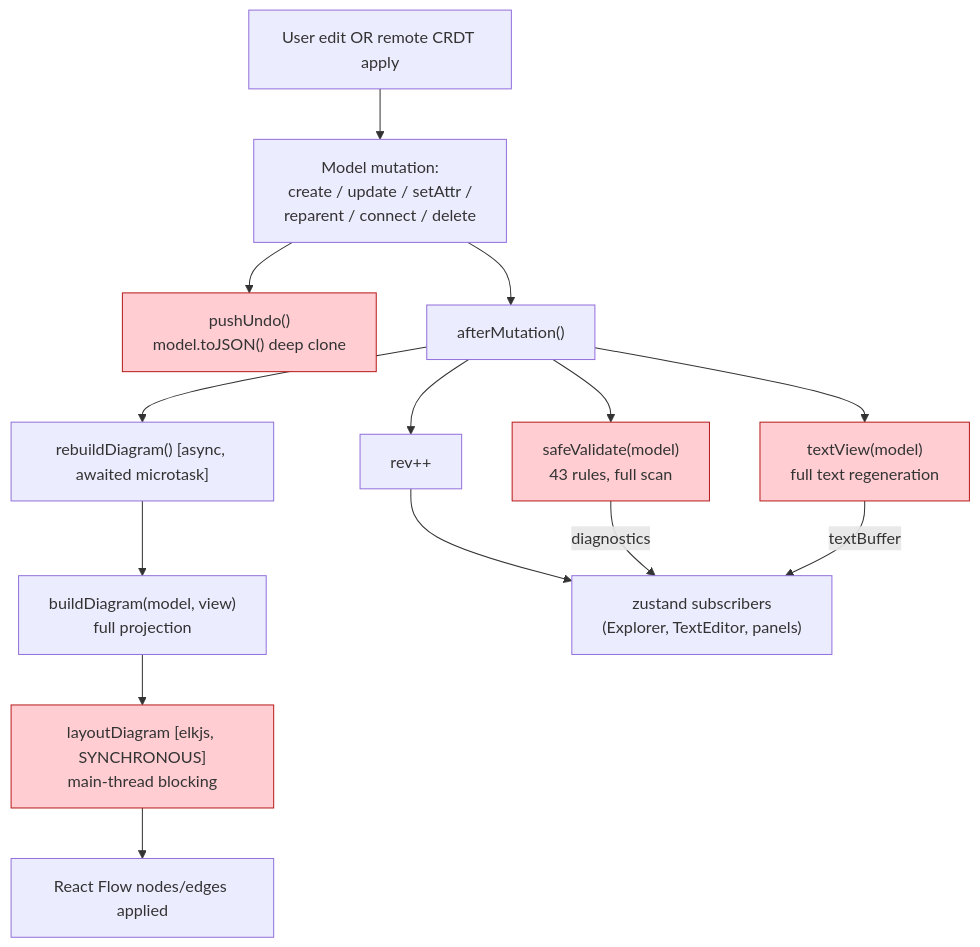
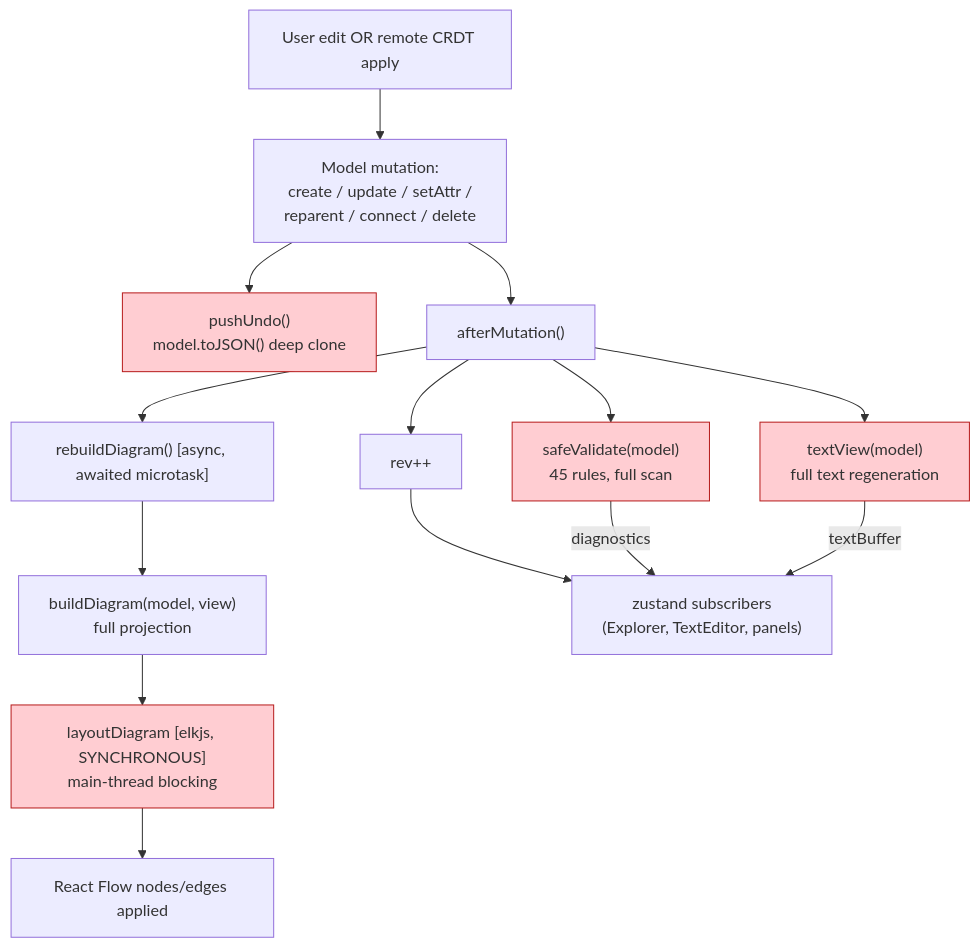
The third of 7 diagrams in docs/architecture/05-data-flow.md (cosmindxu/sysprose), drawn with Mermaid before and after one commit. The commit also changed 13 other files, not shown here.

First line of the commit message:
Interfaces: exchange-unallocated (a crossing flow no connection carries, §20.4) and functional-port-realisation (allocate fn.p to a port, §20.3)

````diff
--- a/docs/architecture/05-data-flow.md
+++ b/docs/architecture/05-data-flow.md
@@ -98,32 +98,32 @@
 ```mermaid
 flowchart TB
     trigger["User edit OR remote CRDT apply"]
     op["Model mutation:\ncreate / update / setAttr /\nreparent / connect / delete"]
     pushUndo["pushUndo()\nmodel.toJSON() deep clone"]
     afterMut["afterMutation()"]
-    validate["safeValidate(model)\n43 rules, full scan"]
+    validate["safeValidate(model)\n45 rules, full scan"]
     serialize["textView(model)\nfull text regeneration"]
     bump["rev++"]
     rebuild["rebuildDiagram() [async, awaited microtask]"]
     build["buildDiagram(model, view)\nfull projection"]
     layout["layoutDiagram [elkjs, SYNCHRONOUS]\nmain-thread blocking"]
     apply["React Flow nodes/edges applied"]
     listeners[" zustand subscribers\n(Explorer, TextEditor, panels)"]
 
     trigger --> op
     op --> pushUndo
     op --> afterMut
     afterMut --> validate
     afterMut --> serialize
     afterMut --> bump
     afterMut --> rebuild
     rebuild --> build
     build --> layout
     layout --> apply
     bump --> listeners
     validate -->|diagnostics| listeners
     serialize -->|textBuffer| listeners
 
     classDef hot fill:#ffcdd2,stroke:#b71c1c
     class validate,serialize,layout,pushUndo hot
 ```
````
